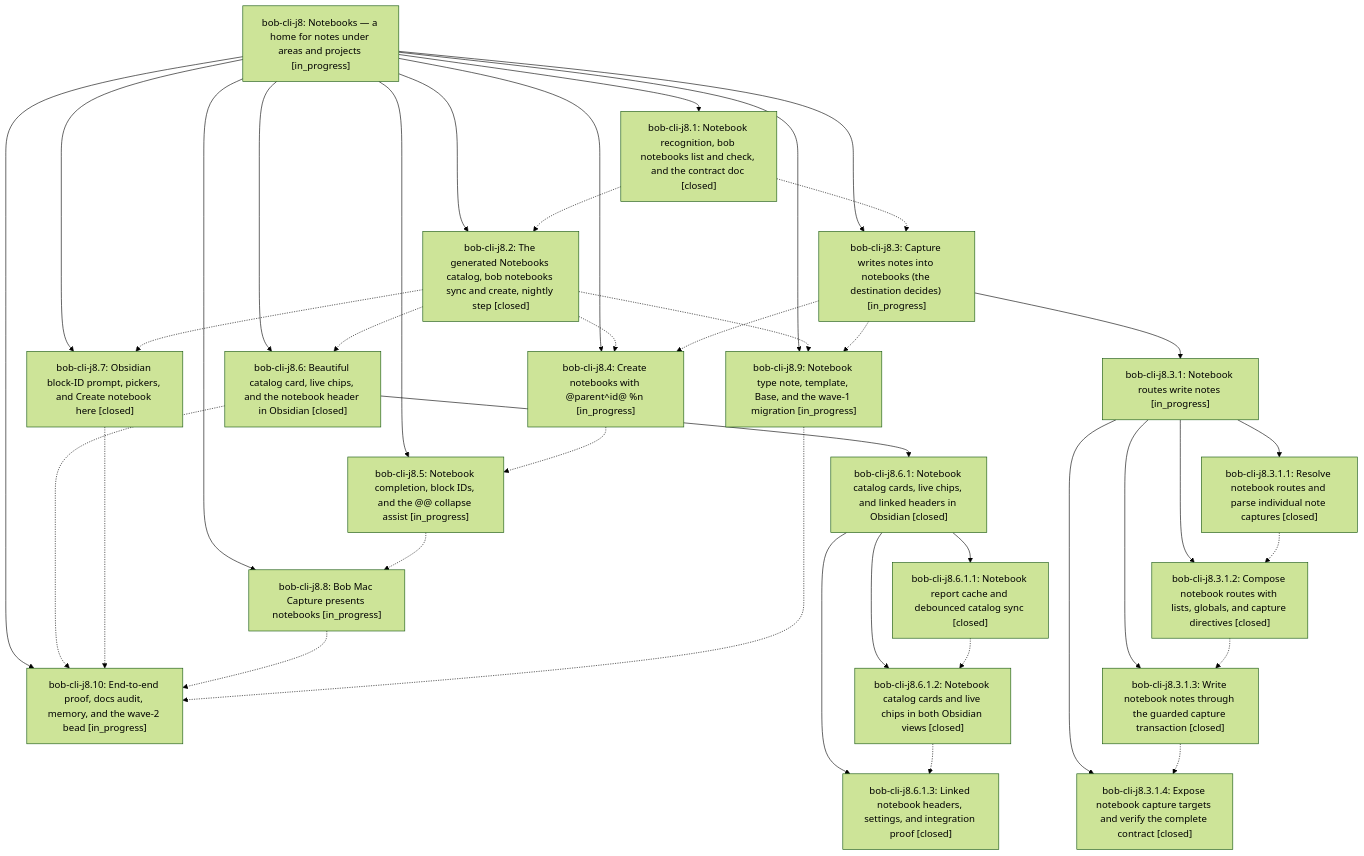
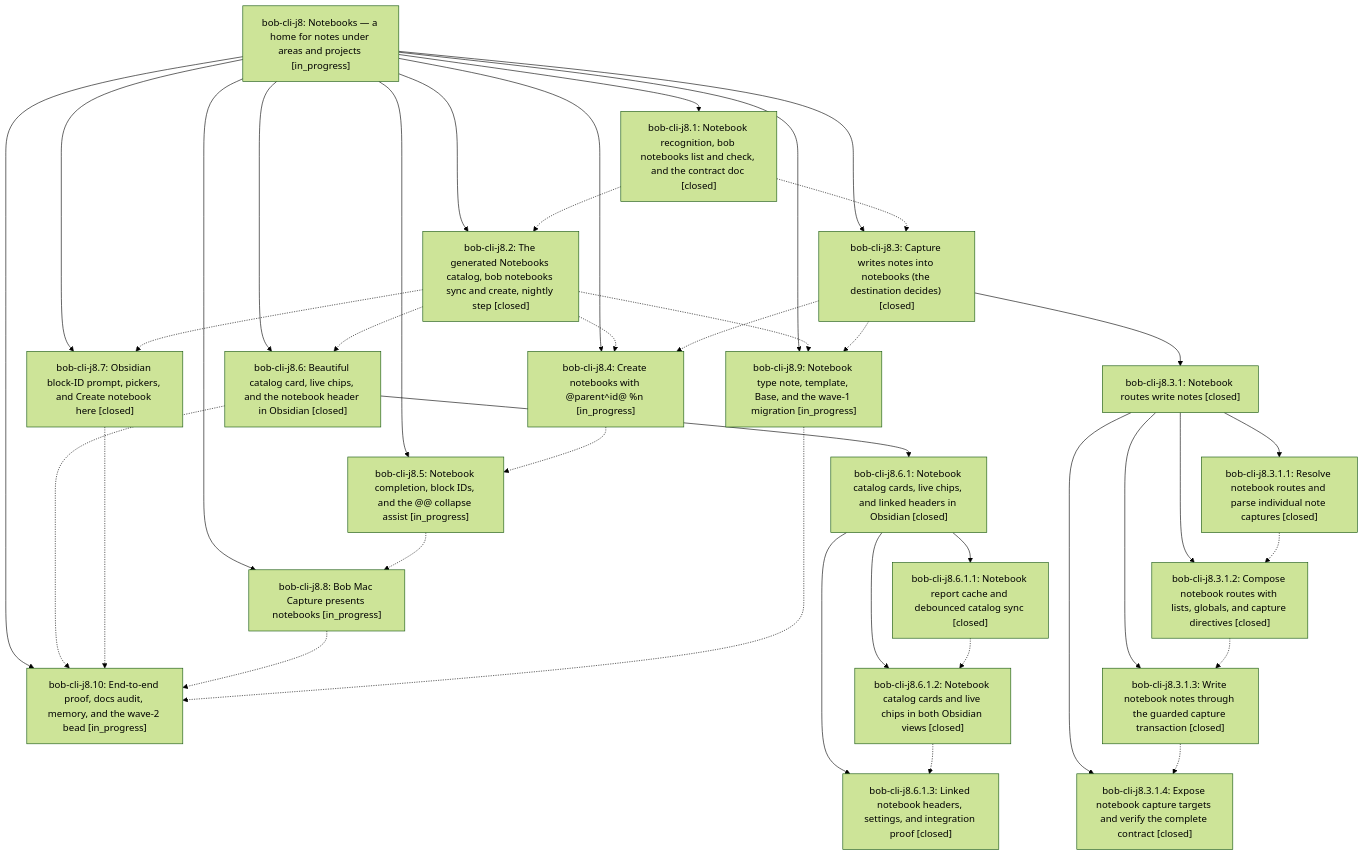
The diagram in pages/bob-cli-j8/README.md (bobs-org/bob-cli--beads), drawn with Mermaid (forest theme) before and after one commit. The commit also changed other lines of this file and 7 other files, not shown here.

First line of the commit message:
chore(beads): sync bead state and pages for bob-cli-j8

````diff
--- a/pages/bob-cli-j8/README.md
+++ b/pages/bob-cli-j8/README.md
@@ -51,61 +53,61 @@
 ```mermaid
 flowchart TD
     n0["bob-cli-j8: Notebooks — a home for notes under areas and projects [in_progress]"]
     n1["bob-cli-j8.1: Notebook recognition, bob notebooks list and check, and the contract doc [closed]"]
     n2["bob-cli-j8.10: End-to-end proof, docs audit, memory, and the wave-2 bead [in_progress]"]
     n3["bob-cli-j8.2: The generated Notebooks catalog, bob notebooks sync and create, nightly step [closed]"]
-    n4["bob-cli-j8.3: Capture writes notes into notebooks (the destination decides) [in_progress]"]
-    n5["bob-cli-j8.3.1: Notebook routes write notes [in_progress]"]
+    n4["bob-cli-j8.3: Capture writes notes into notebooks (the destination decides) [closed]"]
+    n5["bob-cli-j8.3.1: Notebook routes write notes [closed]"]
     n6["bob-cli-j8.3.1.1: Resolve notebook routes and parse individual note captures [closed]"]
     n7["bob-cli-j8.3.1.2: Compose notebook routes with lists, globals, and capture directives [closed]"]
     n8["bob-cli-j8.3.1.3: Write notebook notes through the guarded capture transaction [closed]"]
     n9["bob-cli-j8.3.1.4: Expose notebook capture targets and verify the complete contract [closed]"]
     n10["bob-cli-j8.4: Create notebooks with @parent^id@ %n [in_progress]"]
     n11["bob-cli-j8.5: Notebook completion, block IDs, and the @@ collapse assist [in_progress]"]
     n12["bob-cli-j8.6: Beautiful catalog card, live chips, and the notebook header in Obsidian [closed]"]
     n13["bob-cli-j8.6.1: Notebook catalog cards, live chips, and linked headers in Obsidian [closed]"]
     n14["bob-cli-j8.6.1.1: Notebook report cache and debounced catalog sync [closed]"]
     n15["bob-cli-j8.6.1.2: Notebook catalog cards and live chips in both Obsidian views [closed]"]
     n16["bob-cli-j8.6.1.3: Linked notebook headers, settings, and integration proof [closed]"]
     n17["bob-cli-j8.7: Obsidian block-ID prompt, pickers, and Create notebook here [closed]"]
     n18["bob-cli-j8.8: Bob Mac Capture presents notebooks [in_progress]"]
     n19["bob-cli-j8.9: Notebook type note, template, Base, and the wave-1 migration [in_progress]"]
     n0 --> n1
     n0 --> n2
     n0 --> n3
     n0 --> n4
     n4 --> n5
     n5 --> n6
     n5 --> n7
     n5 --> n8
     n5 --> n9
     n0 --> n10
     n0 --> n11
     n0 --> n12
     n12 --> n13
     n13 --> n14
     n13 --> n15
     n13 --> n16
     n0 --> n17
     n0 --> n18
     n0 --> n19
     n1 -.-> n3
     n1 -.-> n4
     n3 -.-> n10
     n3 -.-> n12
     n3 -.-> n17
     n3 -.-> n19
     n4 -.-> n10
     n4 -.-> n19
     n6 -.-> n7
     n7 -.-> n8
     n8 -.-> n9
     n10 -.-> n11
     n11 -.-> n18
     n12 -.-> n2
     n14 -.-> n15
     n15 -.-> n16
     n17 -.-> n2
     n18 -.-> n2
     n19 -.-> n2
 ```
````
